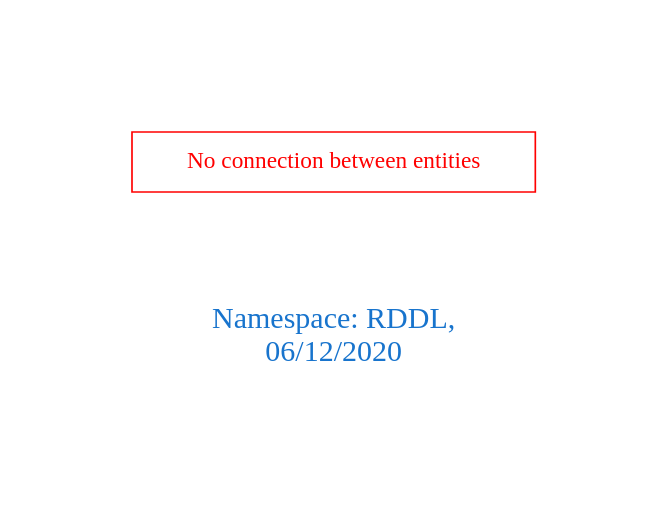
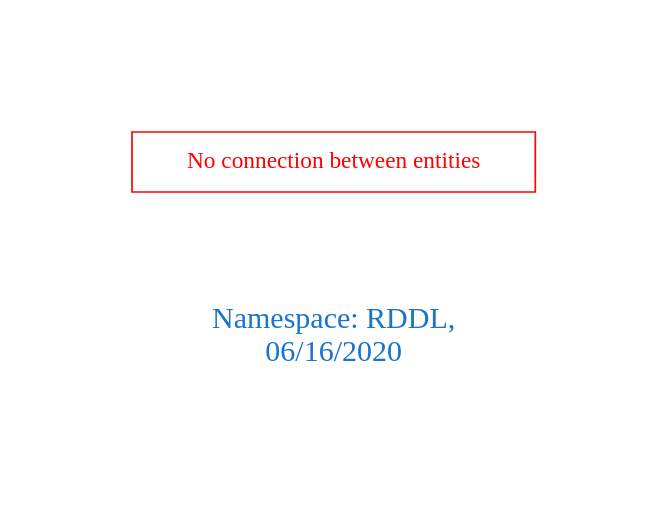
One commit to arago/OGIT changed the diagram in downloads/RDDL.dot. Above: the diagram before and after it, drawn with Graphviz. The commit also changed 1750 other files, not shown here.

```diff
--- a/downloads/RDDL.dot
+++ b/downloads/RDDL.dot
@@ -1,9 +1,9 @@
 digraph OGIT_ontology {
  graph [ rankdir= LR,pad=1 
 fontsize = 18,
-fontcolor= dodgerblue3,label = "\n\n\nNamespace: RDDL, \n 06/12/2020"];
+fontcolor= dodgerblue3,label = "\n\n\nNamespace: RDDL, \n 06/16/2020"];
 node[shape=polygon];
 edge [  color="gray81"];
 
 "No connection between entities" [fontcolor = "red",color="red", shape="polygon"]
 }
```
